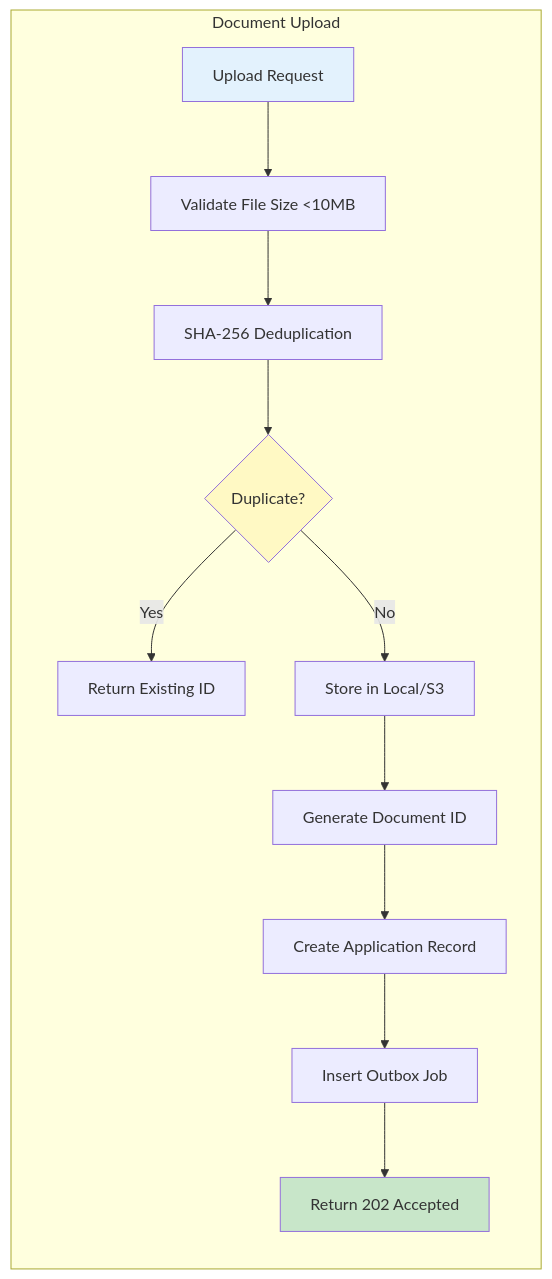
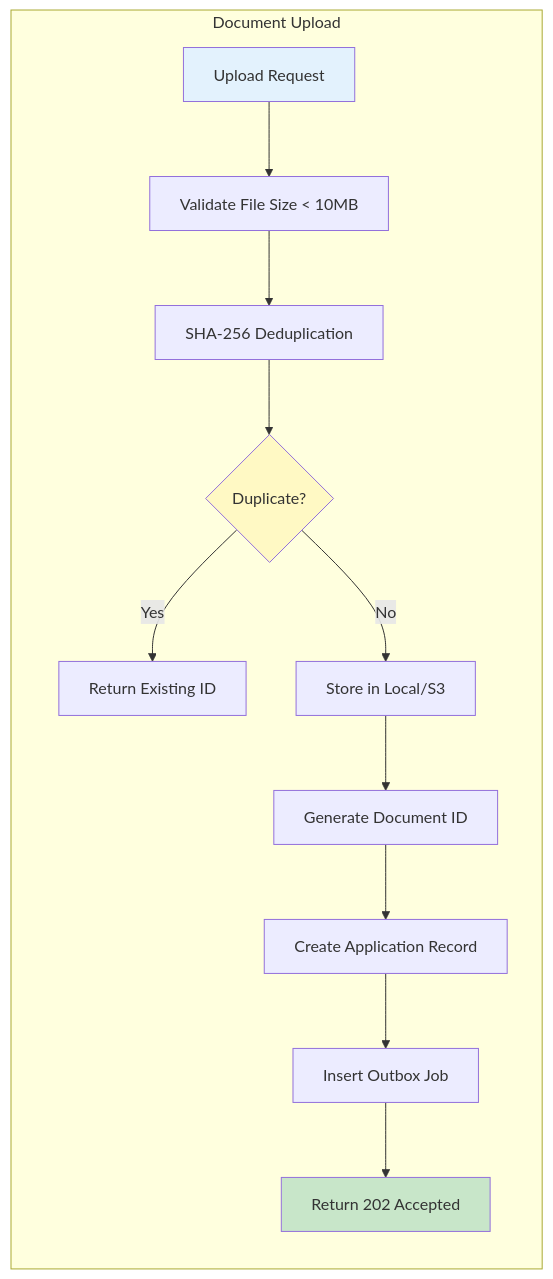
The third of 9 diagrams in docs/system_overview.md (maczeo11/loan-doc-processing-agent), drawn with Mermaid before and after one commit. The commit also changed other lines of this file and 5 other files, not shown here.

Commit message:
fix(docs): repair Mermaid diagram syntax errors across architecture docs and langgraph_workflow.md

````diff
--- a/docs/system_overview.md
+++ b/docs/system_overview.md
@@ -197,18 +197,18 @@
 ```mermaid
 graph LR
     subgraph "Document Upload"
-        A[Upload Request] --> B[Validate File Size <10MB]
+        A[Upload Request] --> B["Validate File Size < 10MB"]
         B --> C[SHA-256 Deduplication]
         C --> D{Duplicate?}
         D -->|Yes| E[Return Existing ID]
         D -->|No| F[Store in Local/S3]
         F --> G[Generate Document ID]
         G --> H[Create Application Record]
         H --> I[Insert Outbox Job]
         I --> J[Return 202 Accepted]
     end
     
     style A fill:#E3F2FD
     style J fill:#C8E6C9
     style D fill:#FFF9C4
 ```
````
